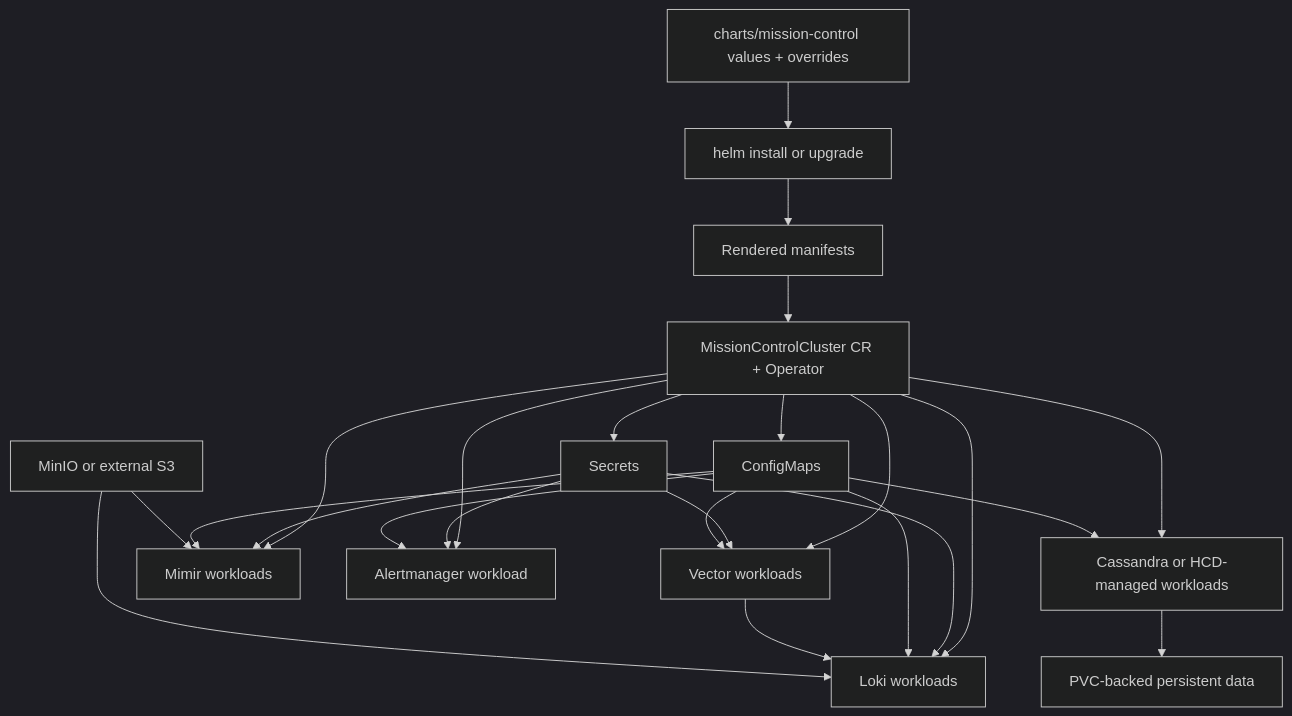
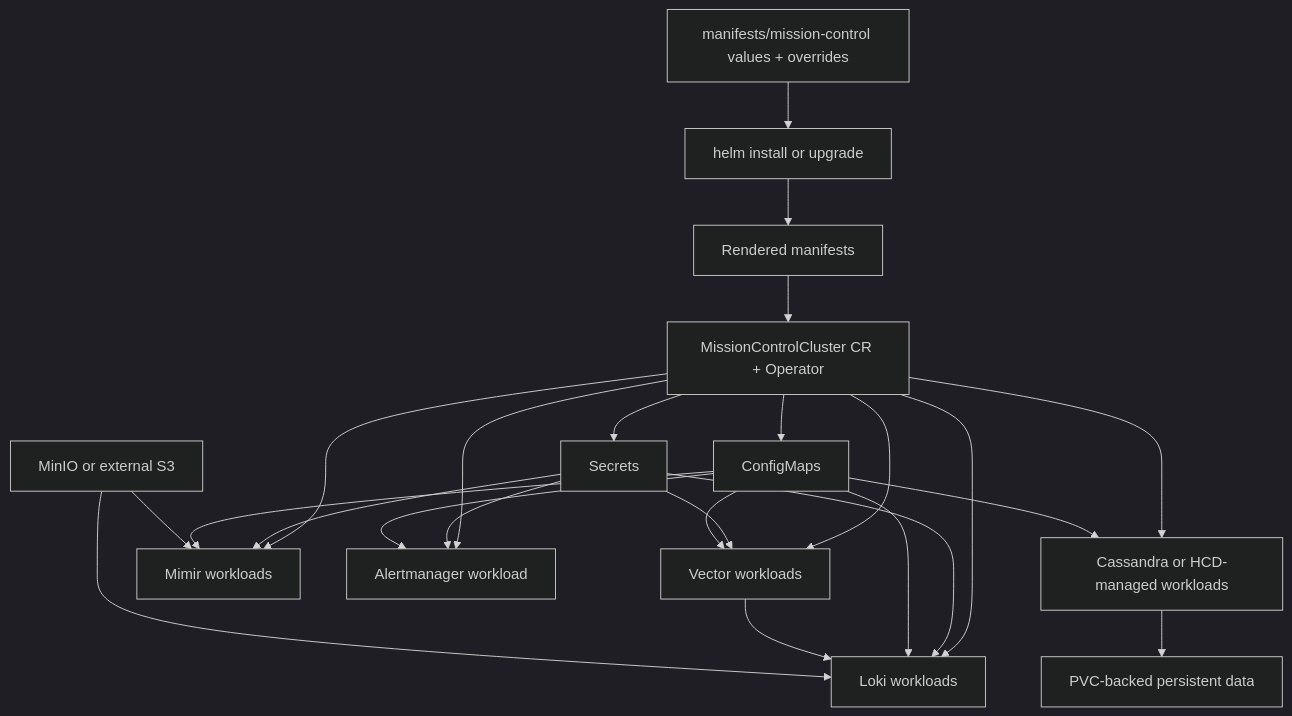
The diagram in docs/concepts/software-components-wiring.md (michelderu/mission-control-hcd-fundamentals), drawn with Mermaid (dark theme) before and after one commit. The commit also changed other lines of this file and 26 other files, not shown here.

````diff
--- a/docs/concepts/software-components-wiring.md
+++ b/docs/concepts/software-components-wiring.md
@@ -99,26 +99,26 @@
 ```mermaid
 flowchart TD
-  A[charts/mission-control values + overrides] --> B[helm install or upgrade]
+  A[manifests/mission-control values + overrides] --> B[helm install or upgrade]
   B --> C[Rendered manifests]
   C --> D[MissionControlCluster CR + Operator]
   D --> E[ConfigMaps]
   D --> F[Secrets]
   D --> G[Vector workloads]
   D --> H[Loki workloads]
   D --> I[Mimir workloads]
   D --> K[Alertmanager workload]
   D --> L[Cassandra or HCD-managed workloads]
   F --> G
   F --> H
   F --> I
   F --> K
   E --> G
   E --> H
   E --> I
   E --> K
   E --> L
   G --> H
   J[MinIO or external S3] --> H
   J --> I
   L --> M[PVC-backed persistent data]
 ```
````
